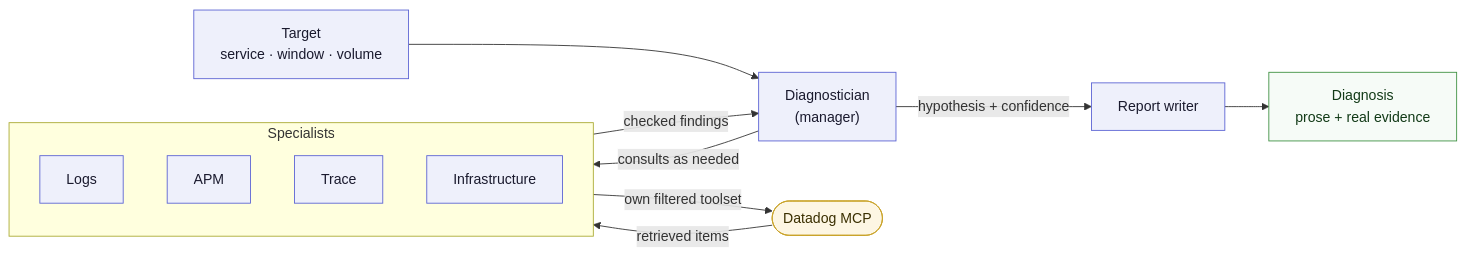
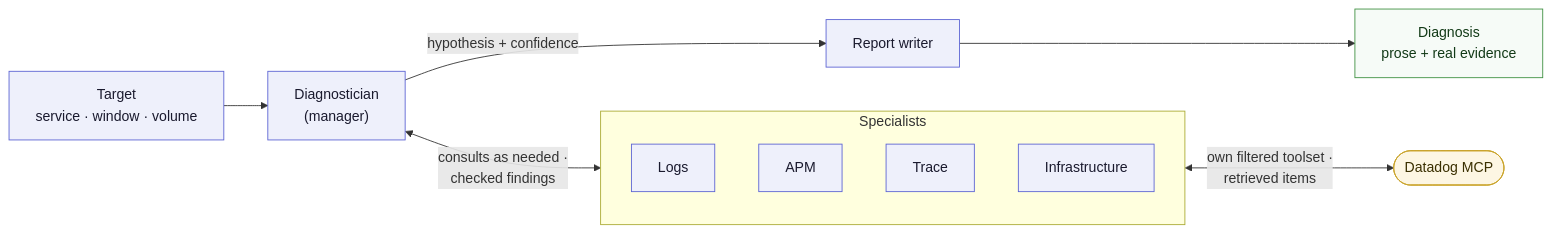
Before and after one commit to EduardoFLima/alert-triage: the second of 2 diagrams in README.md, drawn with Mermaid.

Commit message:
Edu | :pencil2: | update flowchart in README for improved clarity
- modified flowchart connections for better understanding
- enhanced descriptions for specific steps

````diff
--- a/README.md
+++ b/README.md
@@ -39,26 +39,24 @@
 ```mermaid
 flowchart LR
     target["Target<br/>service · window · volume"] --> diag["Diagnostician<br/>(manager)"]
 
     subgraph crew["Specialists"]
         logs["Logs"]
         apm["APM"]
         trace["Trace"]
         infra["Infrastructure"]
     end
 
-    diag -- "consults as needed" --> crew
+    diag <-- "consults as needed ·<br/>checked findings" --> crew
+    crew <-- "own filtered toolset ·<br/>retrieved items" --> mcp(["Datadog MCP"])
     diag -- "hypothesis + confidence" --> writer["Report writer"]
     writer --> diagnosis["Diagnosis<br/>prose + real evidence"]
-    crew -- "own filtered toolset" --> mcp(["Datadog MCP"])
-    mcp -- "retrieved items" --> crew
-    crew -- "checked findings" --> diag
 
     classDef step fill:#eef0fb,stroke:#5b63d3,color:#1a1a2e
     classDef ext fill:#fdf6e3,stroke:#c9a227,color:#3a2f00
     classDef done fill:#f6fbf7,stroke:#3f9142,color:#123a17
 
     class target,diag,logs,apm,trace,infra,writer step
     class mcp ext
     class diagnosis done
 ```
````
